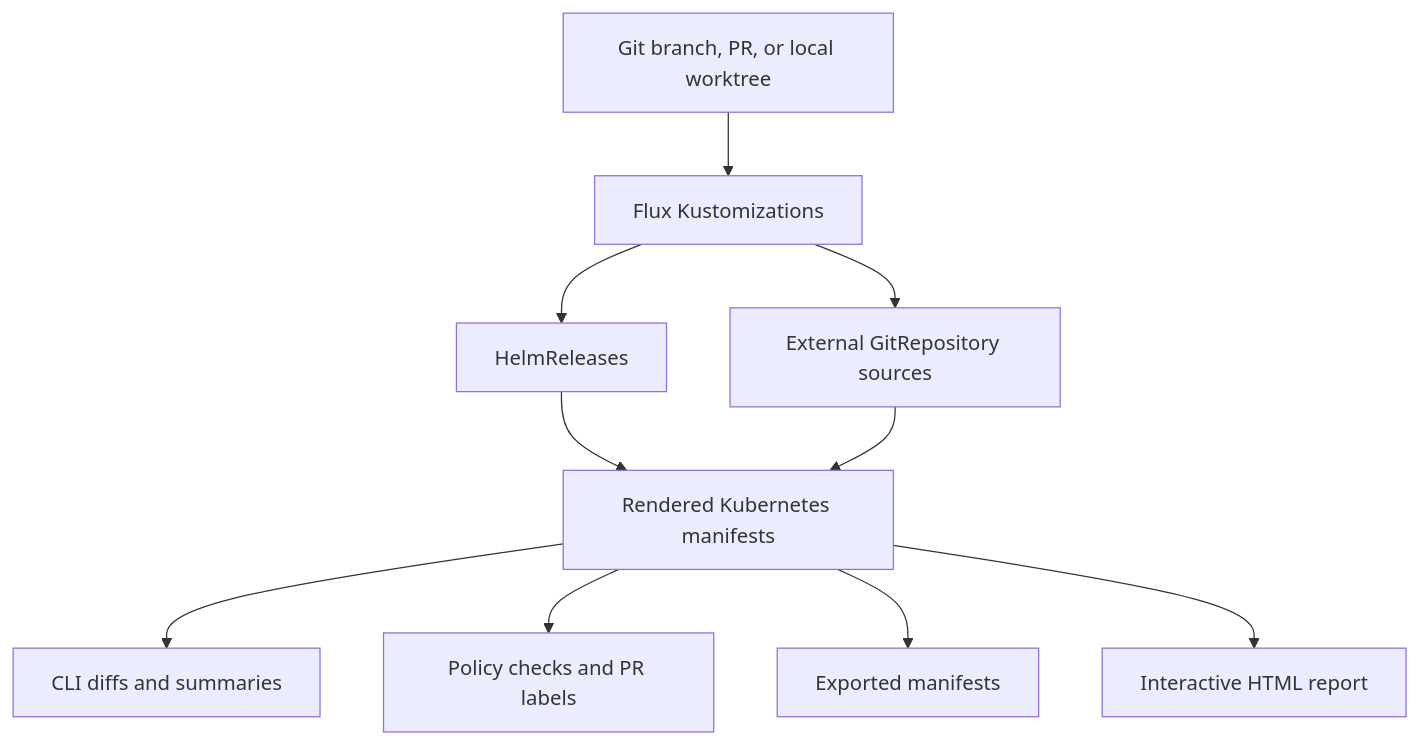
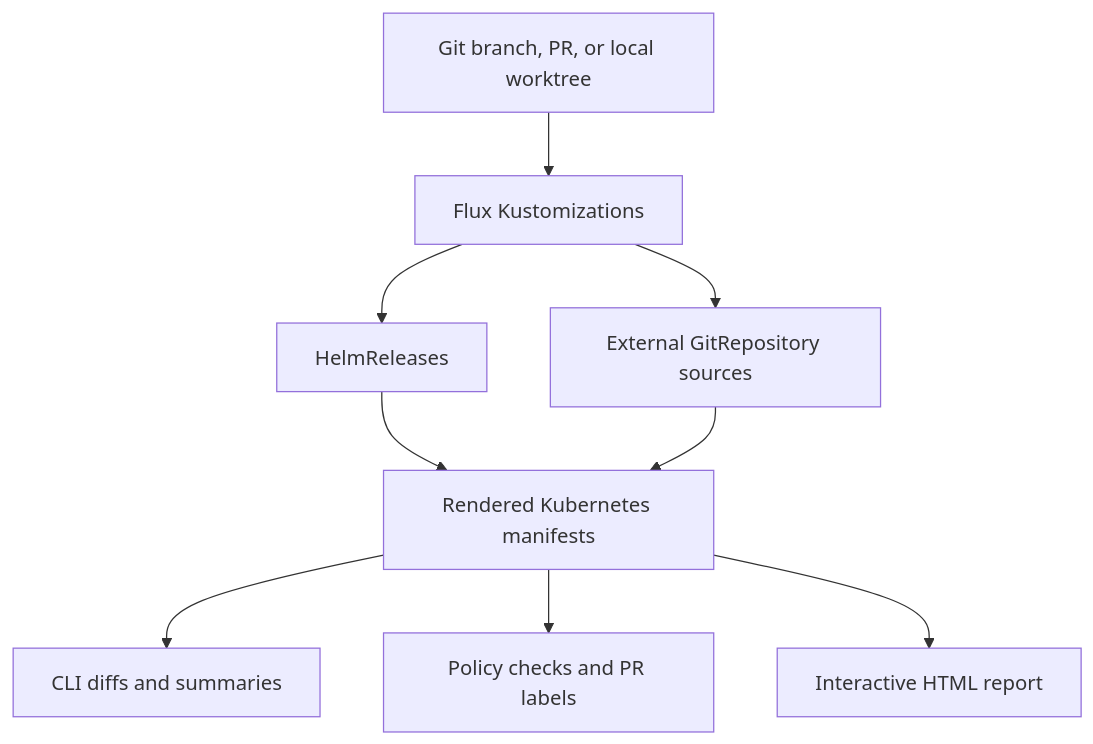
The diagram in README.md (tobiash/flux-manifest-preview), drawn with Mermaid before and after one commit. The commit also changed other lines of this file and 30 other files, not shown here.

````diff
--- a/README.md
+++ b/README.md
@@ -23,12 +23,11 @@
 ```mermaid
 flowchart TD
     A[Git branch, PR, or local worktree] --> B[Flux Kustomizations]
     B --> C[HelmReleases]
     B --> D[External GitRepository sources]
     C --> E[Rendered Kubernetes manifests]
     D --> E
     E --> F[CLI diffs and summaries]
     E --> G[Policy checks and PR labels]
-    E --> H[Exported manifests]
     E --> I[Interactive HTML report]
 ```
````
